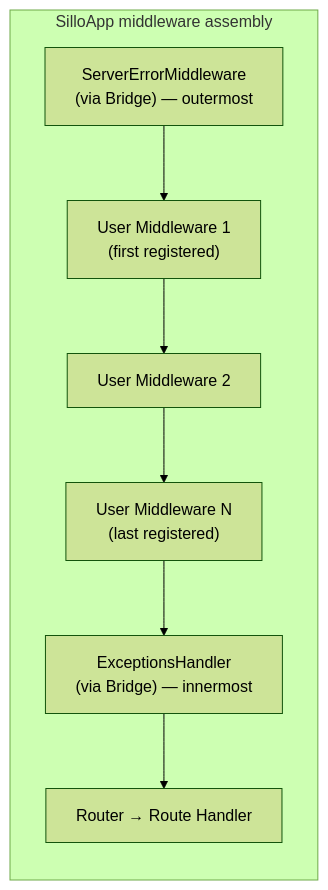
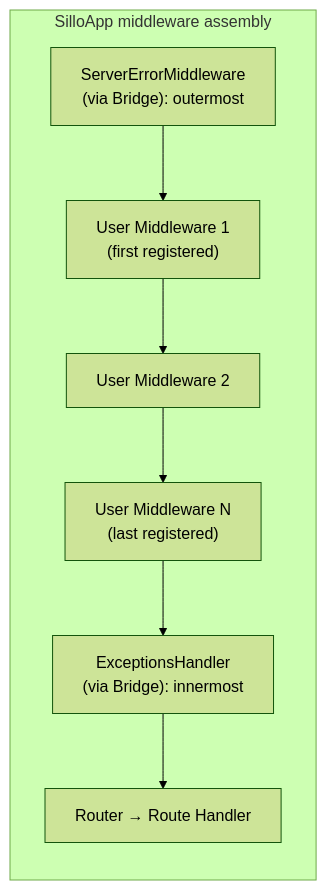
One commit to sillohq/core changed the fourth of 17 diagrams in docs/docs/src/content/docs/advanced/middleware.md. Above: the diagram before and after it, drawn with Mermaid (forest theme). The commit also changed other lines of this file and 233 other files, not shown here.

````diff
--- a/docs/docs/src/content/docs/advanced/middleware.md
+++ b/docs/docs/src/content/docs/advanced/middleware.md
@@ -248,14 +252,14 @@
 ```mermaid
 graph TB
     subgraph "SilloApp middleware assembly"
         direction TB
-        SE["ServerErrorMiddleware\n(via Bridge) — outermost"]
+        SE["ServerErrorMiddleware\n(via Bridge): outermost"]
         MW1["User Middleware 1\n(first registered)"]
         MW2["User Middleware 2"]
         MWn["User Middleware N\n(last registered)"]
-        EX["ExceptionsHandler\n(via Bridge) — innermost"]
+        EX["ExceptionsHandler\n(via Bridge): innermost"]
         ROUTER["Router → Route Handler"]
 
         SE --> MW1 --> MW2 --> MWn --> EX --> ROUTER
     end
 ```
````
